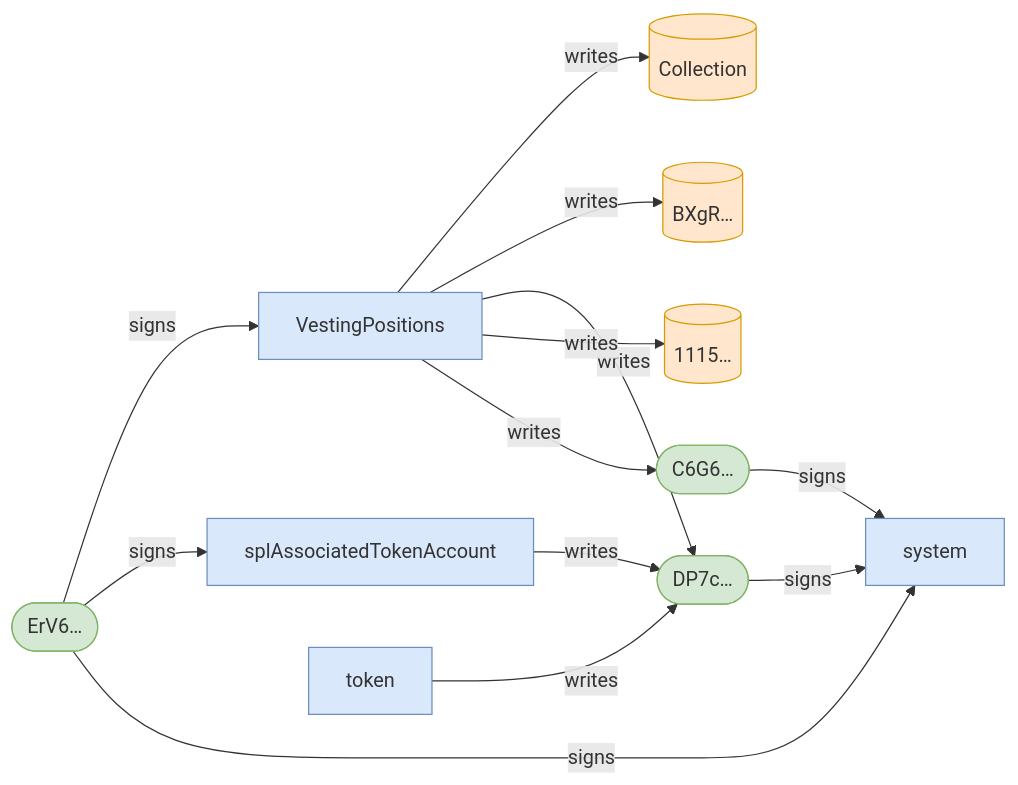
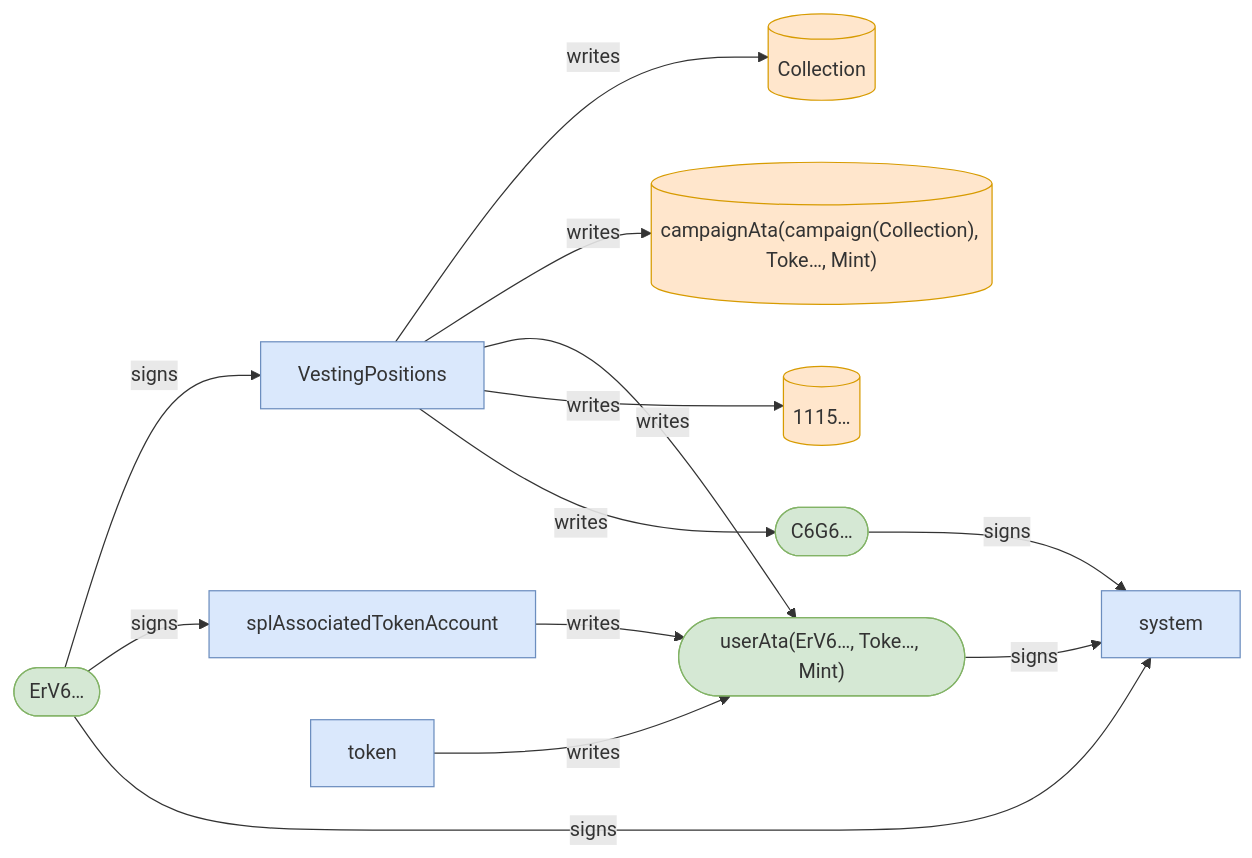
The fifth of 6 diagrams in babelfish-tests/test-report/scenario_8_wrong_asset_subsequent_claim_fails.md (cds-turbin3/vesting-position), drawn with Mermaid before and after one commit. The commit also changed other lines of this file and 51 other files, not shown here.

````diff
--- a/babelfish-tests/test-report/scenario_8_wrong_asset_subsequent_claim_fails.md
+++ b/babelfish-tests/test-report/scenario_8_wrong_asset_subsequent_claim_fails.md
@@ -250,28 +214,28 @@
 ```mermaid
 flowchart LR
     VestingPositions["VestingPositions"]:::program
     ErV6(["ErV6…"]):::signer
     Collection[("Collection")]:::state
-    BXgR[("BXgR…")]:::state
-    DP7c(["DP7c…"]):::signer
+    campaignAtacampaignCollectionTokeMint[("campaignAta(campaign(Collection), Toke…, Mint)")]:::state
+    userAtaErV6TokeMint(["userAta(ErV6…, Toke…, Mint)"]):::signer
     1115[("1115…")]:::state
     C6G6(["C6G6…"]):::signer
     splAssociatedTokenAccount["splAssociatedTokenAccount"]:::program
     token["token"]:::program
     system["system"]:::program
     ErV6 -->|signs| VestingPositions
     VestingPositions -->|writes| Collection
-    VestingPositions -->|writes| BXgR
-    VestingPositions -->|writes| DP7c
+    VestingPositions -->|writes| campaignAtacampaignCollectionTokeMint
+    VestingPositions -->|writes| userAtaErV6TokeMint
     VestingPositions -->|writes| 1115
     VestingPositions -->|writes| C6G6
     ErV6 -->|signs| splAssociatedTokenAccount
-    splAssociatedTokenAccount -->|writes| DP7c
+    splAssociatedTokenAccount -->|writes| userAtaErV6TokeMint
     ErV6 -->|signs| system
-    DP7c -->|signs| system
-    token -->|writes| DP7c
+    userAtaErV6TokeMint -->|signs| system
+    token -->|writes| userAtaErV6TokeMint
     C6G6 -->|signs| system
     classDef program fill:#dae8fc,stroke:#6c8ebf;
     classDef signer fill:#d5e8d4,stroke:#82b366;
     classDef state fill:#ffe6cc,stroke:#d79b00;
 ```
````
